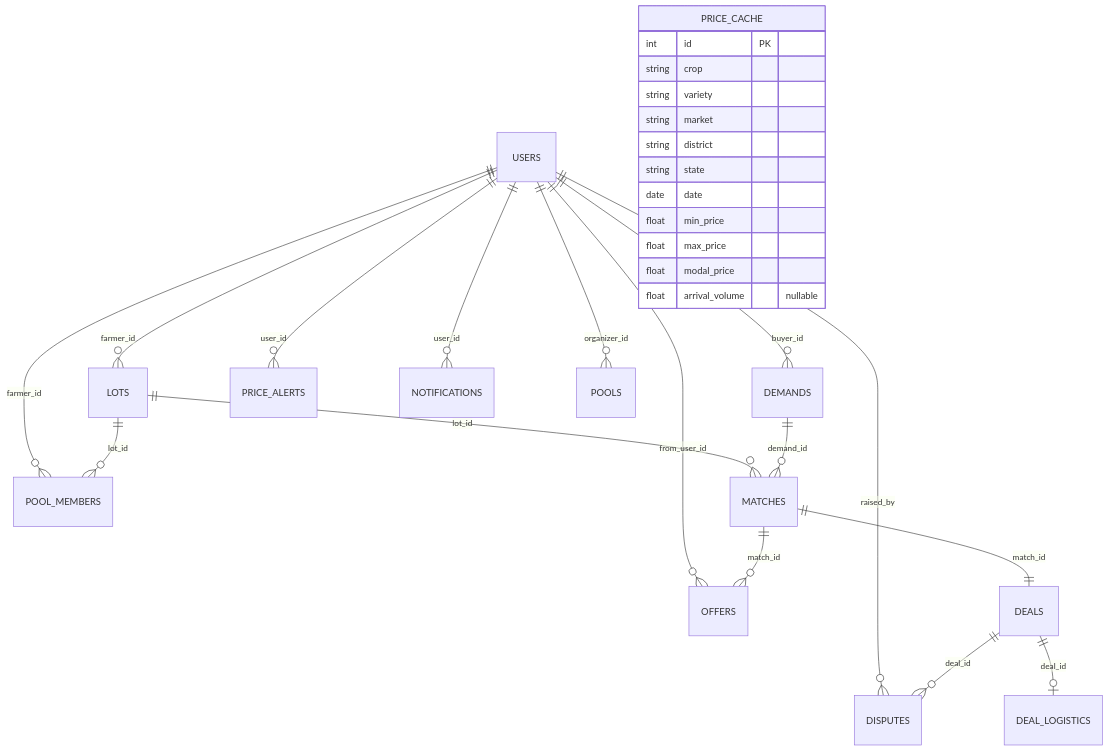
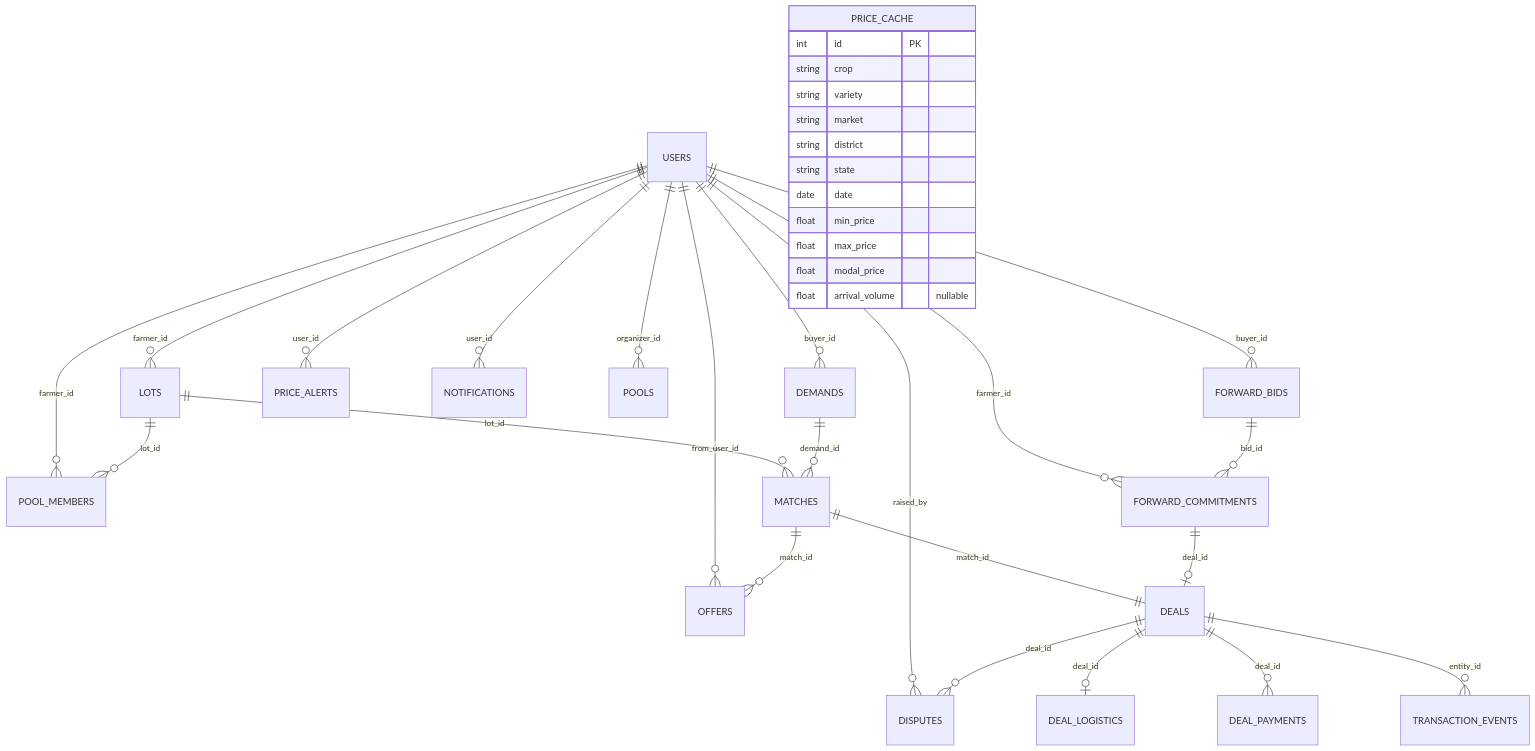
Before and after one commit to umangjzx/Sih-26132: the second of 3 diagrams in README.md, drawn with Mermaid. The commit also changed other lines of this file and 2 other files, not shown here.

````diff
--- a/README.md
+++ b/README.md
@@ -446,31 +494,37 @@
 ```mermaid
 erDiagram
     USERS ||--o{ LOTS : "farmer_id"
     USERS ||--o{ DEMANDS : "buyer_id"
     USERS ||--o{ OFFERS : "from_user_id"
     USERS ||--o{ PRICE_ALERTS : "user_id"
     USERS ||--o{ NOTIFICATIONS : "user_id"
     USERS ||--o{ DISPUTES : "raised_by"
     USERS ||--o{ POOLS : "organizer_id"
     USERS ||--o{ POOL_MEMBERS : "farmer_id"
+    USERS ||--o{ FORWARD_BIDS : "buyer_id"
+    USERS ||--o{ FORWARD_COMMITMENTS : "farmer_id"
     LOTS ||--o{ MATCHES : "lot_id"
     LOTS ||--o{ POOL_MEMBERS : "lot_id"
     DEMANDS ||--o{ MATCHES : "demand_id"
     MATCHES ||--o{ OFFERS : "match_id"
     MATCHES ||--|| DEALS : "match_id"
     DEALS ||--o{ DISPUTES : "deal_id"
     DEALS ||--o| DEAL_LOGISTICS : "deal_id"
+    DEALS ||--o{ DEAL_PAYMENTS : "deal_id"
+    DEALS ||--o{ TRANSACTION_EVENTS : "entity_id"
+    FORWARD_BIDS ||--o{ FORWARD_COMMITMENTS : "bid_id"
+    FORWARD_COMMITMENTS ||--o| DEALS : "deal_id"
     PRICE_CACHE {
       int id PK
       string crop
       string variety
       string market
       string district
       string state
       date date
       float min_price
       float max_price
       float modal_price
       float arrival_volume "nullable"
     }
 ```
````
